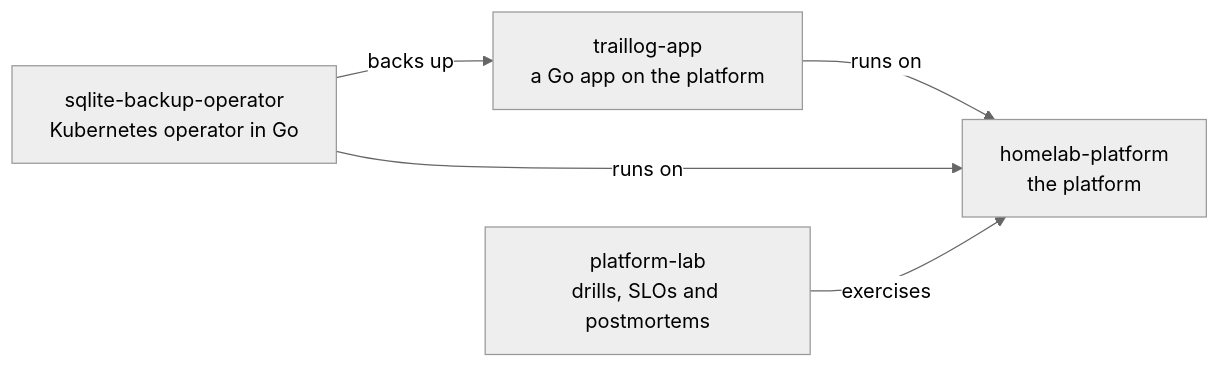
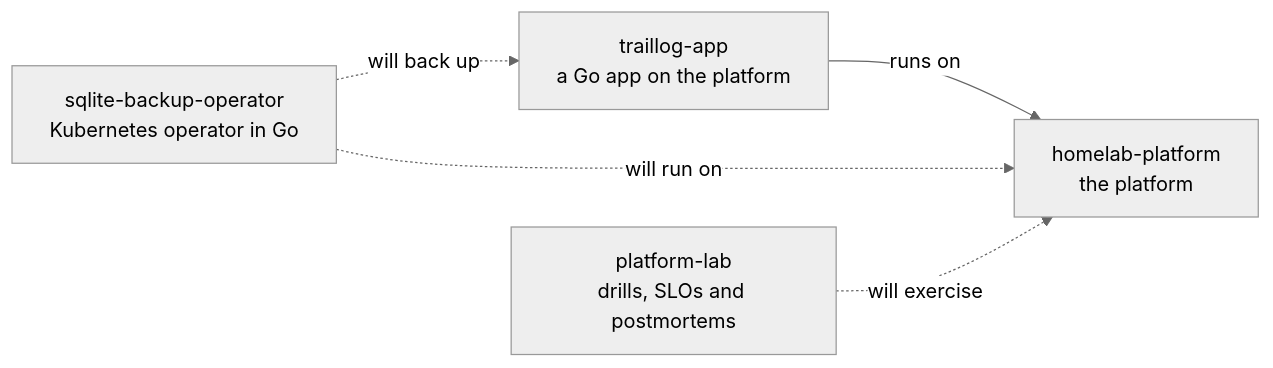
The diagram in README.md (maciejlistos/maciejlistos), drawn with Mermaid (neutral theme) before and after one commit. The commit also changed other lines of this file, not shown here.

Commit message:
Mark planned repository links in the profile

````diff
--- a/README.md
+++ b/README.md
@@ -11,12 +11,12 @@
 ```mermaid
 flowchart LR
     homelab["homelab-platform<br/>the platform"]
     traillog["traillog-app<br/>a Go app on the platform"]
     operator["sqlite-backup-operator<br/>Kubernetes operator in Go"]
     lab["platform-lab<br/>drills, SLOs and postmortems"]
 
     traillog -- runs on --> homelab
-    operator -- runs on --> homelab
-    operator -- backs up --> traillog
-    lab -- exercises --> homelab
+    operator -. will run on .-> homelab
+    operator -. will back up .-> traillog
+    lab -. will exercise .-> homelab
 ```
````
